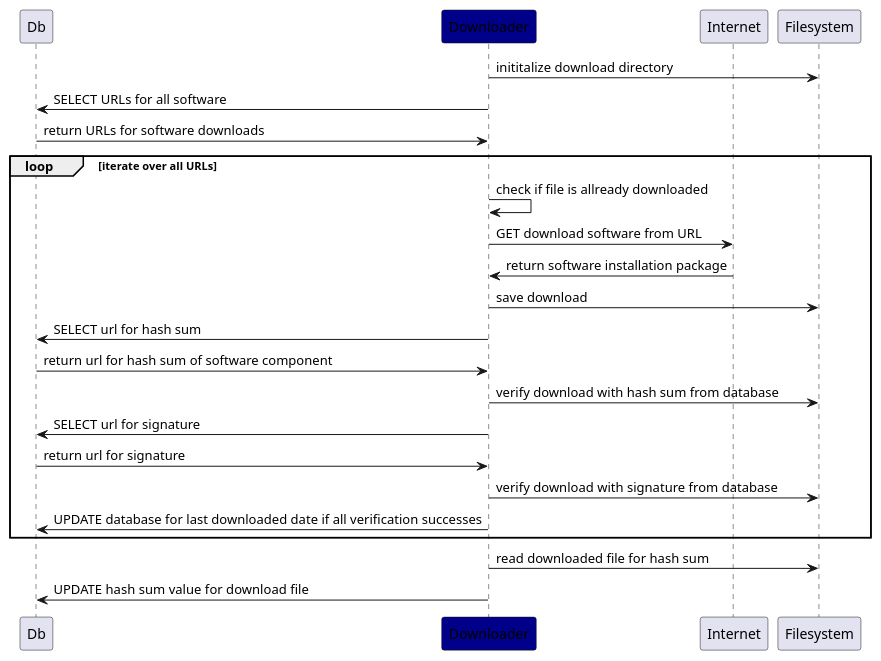
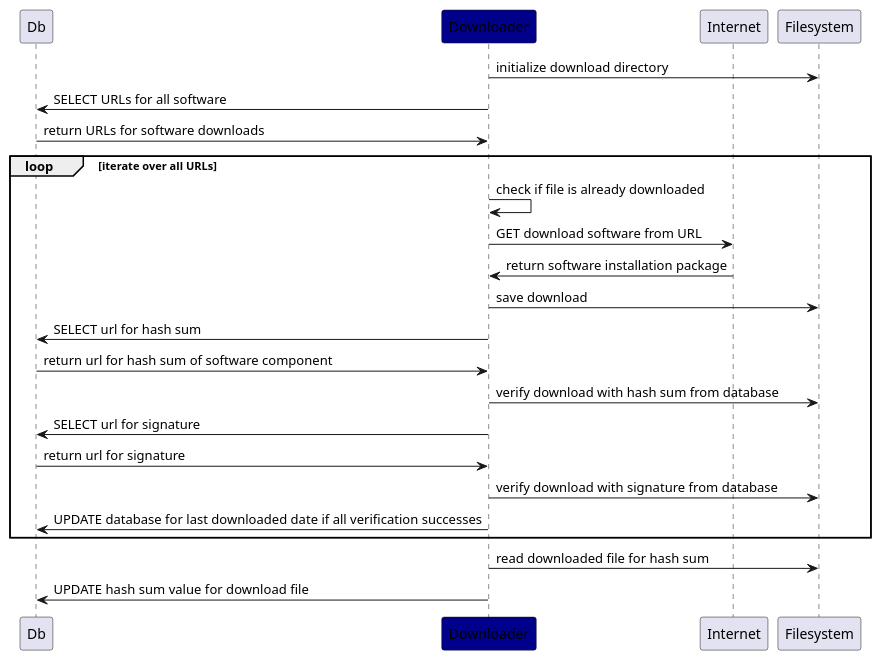
Before and after one commit to berkholz/Aid: the diagram in doc/diagrams/downloader_sequence.puml, drawn with PlantUML. The commit also changed 6 other files, not shown here.

```diff
--- a/doc/diagrams/downloader_sequence.puml
+++ b/doc/diagrams/downloader_sequence.puml
@@ -1,29 +1,29 @@
 @startuml
 
 participant Db
 participant Downloader #darkblue
 participant Internet
 participant Filesystem
 
-Downloader -> Filesystem : inititalize download directory
+Downloader -> Filesystem : initialize download directory
 Downloader -> Db : SELECT URLs for all software
 Db -> Downloader : return URLs for software downloads
 
 loop iterate over all URLs
-  Downloader -> Downloader : check if file is allready downloaded
+  Downloader -> Downloader : check if file is already downloaded
   Downloader -> Internet : GET download software from URL
   Internet -> Downloader : return software installation package
   Downloader -> Filesystem : save download
   Downloader -> Db : SELECT url for hash sum
   Db -> Downloader : return url for hash sum of software component
   Downloader -> Filesystem : verify download with hash sum from database
   Downloader -> Db : SELECT url for signature
   Db -> Downloader : return url for signature
   Downloader -> Filesystem : verify download with signature from database
   Downloader -> Db : UPDATE database for last downloaded date if all verification successes
 end
 
 Downloader -> Filesystem : read downloaded file for hash sum
 
 Downloader -> Db : UPDATE hash sum value for download file
 @enduml
```
